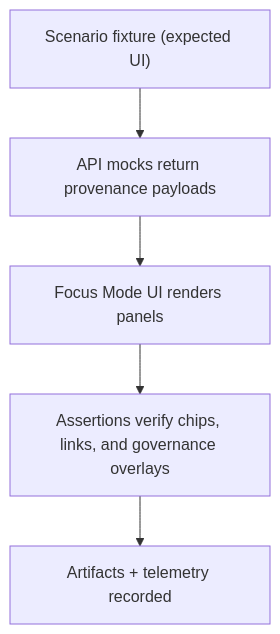
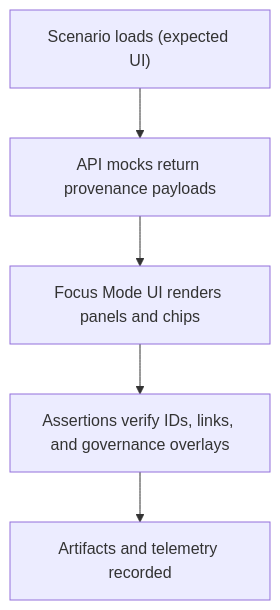
One commit to bartytime4life/Kansas-Frontier-Matrix changed the diagram in tests/e2e/web-app/regression/focus-mode/fixtures/provenance/README.md. Above: the diagram before and after it, drawn with Mermaid. The commit also changed other lines of this file, not shown here.

First line of the commit message:
Revise README.md for provenance fixture updates

```diff
--- a/tests/e2e/web-app/regression/focus-mode/fixtures/provenance/README.md
+++ b/tests/e2e/web-app/regression/focus-mode/fixtures/provenance/README.md
@@ -192,7 +196,7 @@
 ~~~mermaid
 flowchart TD
-  A["Scenario fixture (expected UI)"] --> B["API mocks return provenance payloads"]
-  B --> C["Focus Mode UI renders panels"]
-  C --> D["Assertions verify chips, links, and governance overlays"]
-  D --> E["Artifacts + telemetry recorded"]
+  A["Scenario loads (expected UI)"] --> B["API mocks return provenance payloads"]
+  B --> C["Focus Mode UI renders panels and chips"]
+  C --> D["Assertions verify IDs, links, and governance overlays"]
+  D --> E["Artifacts and telemetry recorded"]
 ~~~
```
